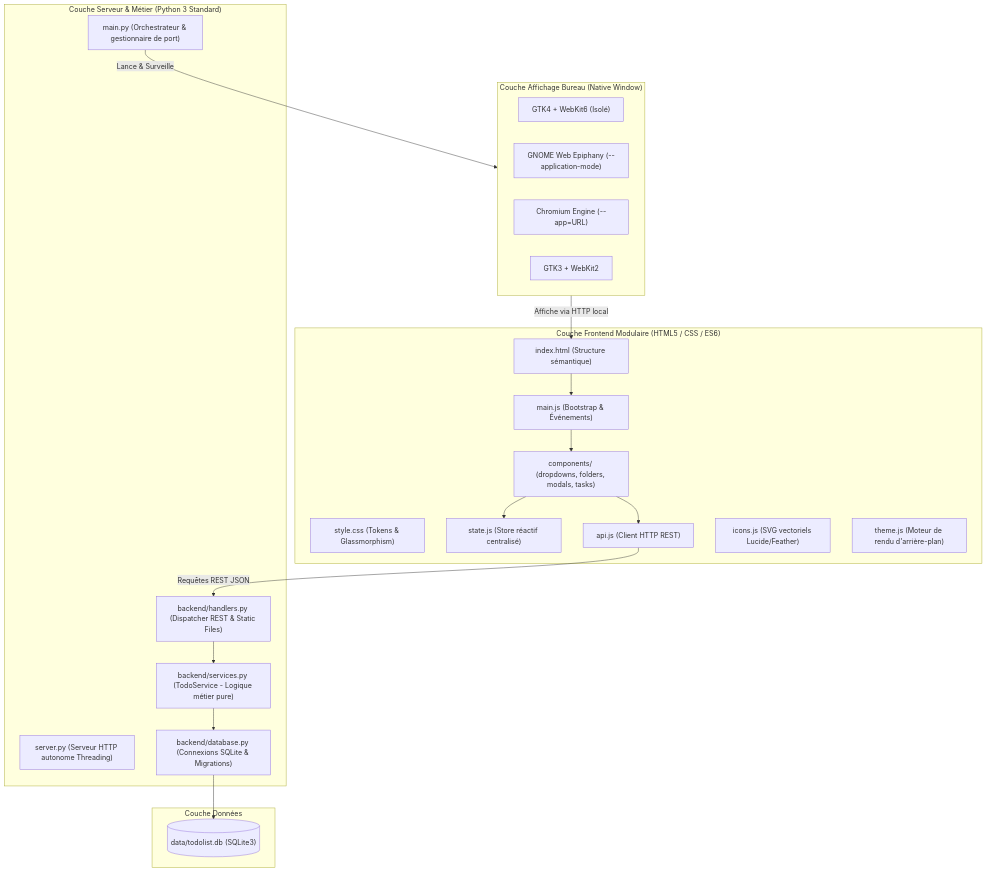
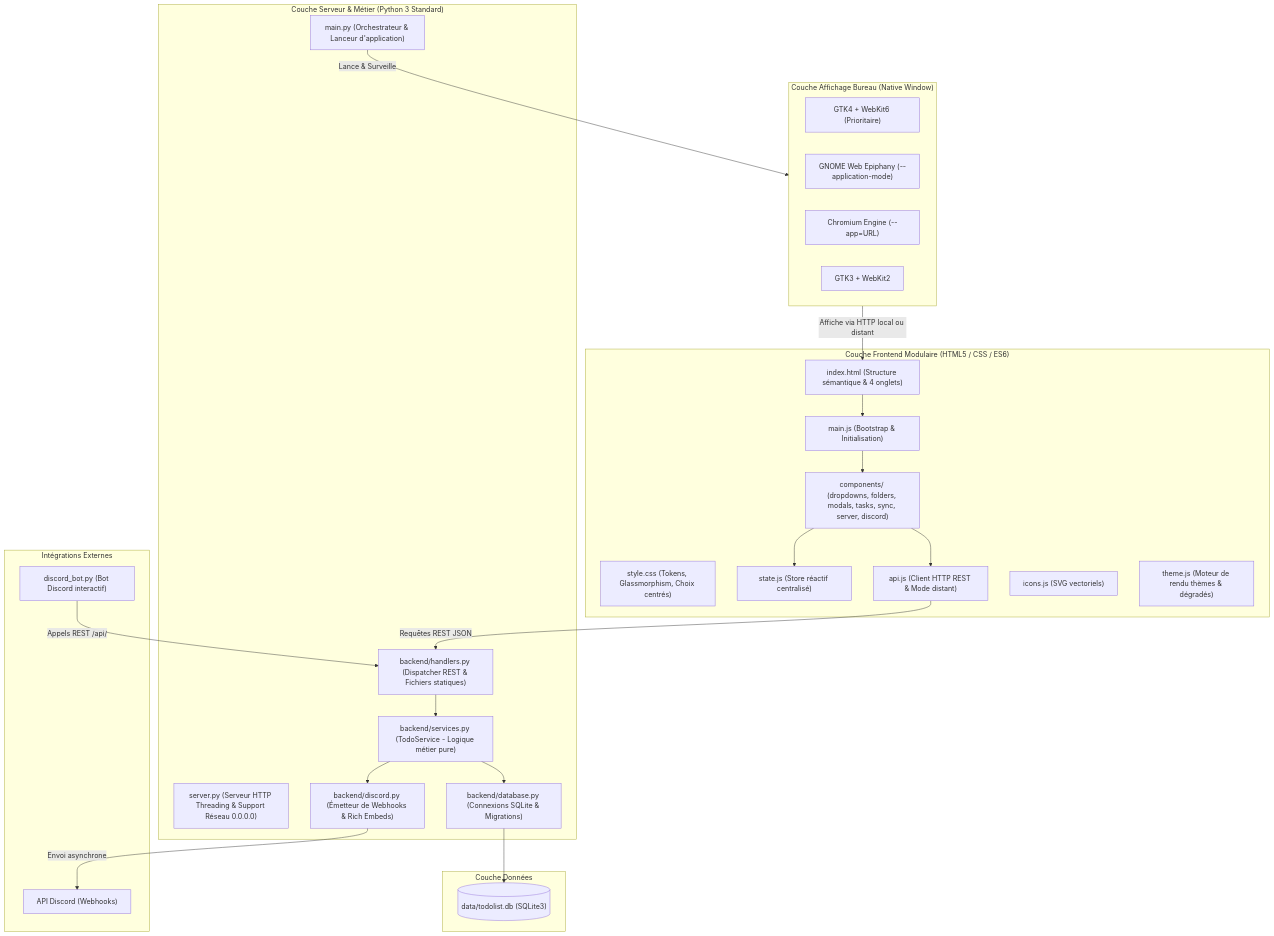
One commit to HugoBirard/App-ToDoList changed the diagram in README.md. Above: the diagram before and after it, drawn with Mermaid. The commit also changed other lines of this file, not shown here.

Commit message:
docs: refonte complète et mise à jour du README pour le mode serveur et discord

````diff
--- a/README.md
+++ b/README.md
@@ -94,43 +101,52 @@
 ```mermaid
 flowchart TD
     subgraph UI_Shell["Couche Affichage Bureau (Native Window)"]
-        W1["GTK4 + WebKit6 (Isolé)"]
+        W1["GTK4 + WebKit6 (Prioritaire)"]
         W2["GNOME Web Epiphany (--application-mode)"]
         W3["Chromium Engine (--app=URL)"]
         W4["GTK3 + WebKit2"]
     end
 
     subgraph Frontend["Couche Frontend Modulaire (HTML5 / CSS / ES6)"]
-        HTML["index.html (Structure sémantique)"]
-        CSS["style.css (Tokens & Glassmorphism)"]
-        JS_M["main.js (Bootstrap & Événements)"]
+        HTML["index.html (Structure sémantique & 4 onglets)"]
+        CSS["style.css (Tokens, Glassmorphism, Choix centrés)"]
+        JS_M["main.js (Bootstrap & Initialisation)"]
         JS_STATE["state.js (Store réactif centralisé)"]
-        JS_API["api.js (Client HTTP REST)"]
-        JS_COMP["components/ (dropdowns, folders, modals, tasks)"]
-        JS_ICONS["icons.js (SVG vectoriels Lucide/Feather)"]
-        JS_THEME["theme.js (Moteur de rendu d'arrière-plan)"]
+        JS_API["api.js (Client HTTP REST & Mode distant)"]
+        JS_COMP["components/ (dropdowns, folders, modals, tasks, sync, server, discord)"]
+        JS_ICONS["icons.js (SVG vectoriels)"]
+        JS_THEME["theme.js (Moteur de rendu thèmes & dégradés)"]
     end
 
     subgraph Backend["Couche Serveur & Métier (Python 3 Standard)"]
-        MAIN["main.py (Orchestrateur & gestionnaire de port)"]
-        SERVER["server.py (Serveur HTTP autonome Threading)"]
-        HANDLER["backend/handlers.py (Dispatcher REST & Static Files)"]
+        MAIN["main.py (Orchestrateur & Lanceur d'application)"]
+        SERVER["server.py (Serveur HTTP Threading & Support Réseau 0.0.0.0)"]
+        HANDLER["backend/handlers.py (Dispatcher REST & Fichiers statiques)"]
         SERVICE["backend/services.py (TodoService - Logique métier pure)"]
+        DISCORD["backend/discord.py (Émetteur de Webhooks & Rich Embeds)"]
         DB["backend/database.py (Connexions SQLite & Migrations)"]
+    end
+
+    subgraph External["Intégrations Externes"]
+        DISCORD_BOT["discord_bot.py (Bot Discord interactif)"]
+        DISCORD_API["API Discord (Webhooks)"]
     end
 
     subgraph Storage["Couche Données"]
         SQLITE[("data/todolist.db (SQLite3)")]
     end
 
-    UI_Shell -->|Affiche via HTTP local| HTML
+    UI_Shell -->|Affiche via HTTP local ou distant| HTML
     HTML --> JS_M
     JS_M --> JS_COMP
     JS_COMP --> JS_STATE
     JS_COMP --> JS_API
     JS_API -->|Requêtes REST JSON| HANDLER
     HANDLER --> SERVICE
     SERVICE --> DB
+    SERVICE --> DISCORD
+    DISCORD -->|Envoi asynchrone| DISCORD_API
+    DISCORD_BOT -->|Appels REST /api/| HANDLER
     DB --> SQLITE
     MAIN -->|Lance & Surveille| UI_Shell
 ```
````
